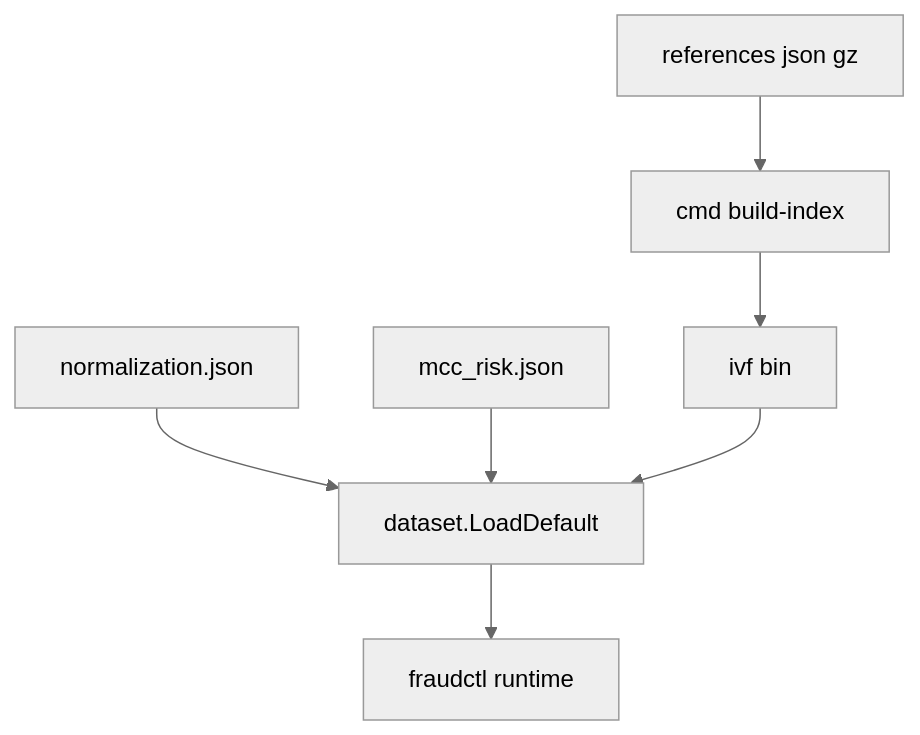
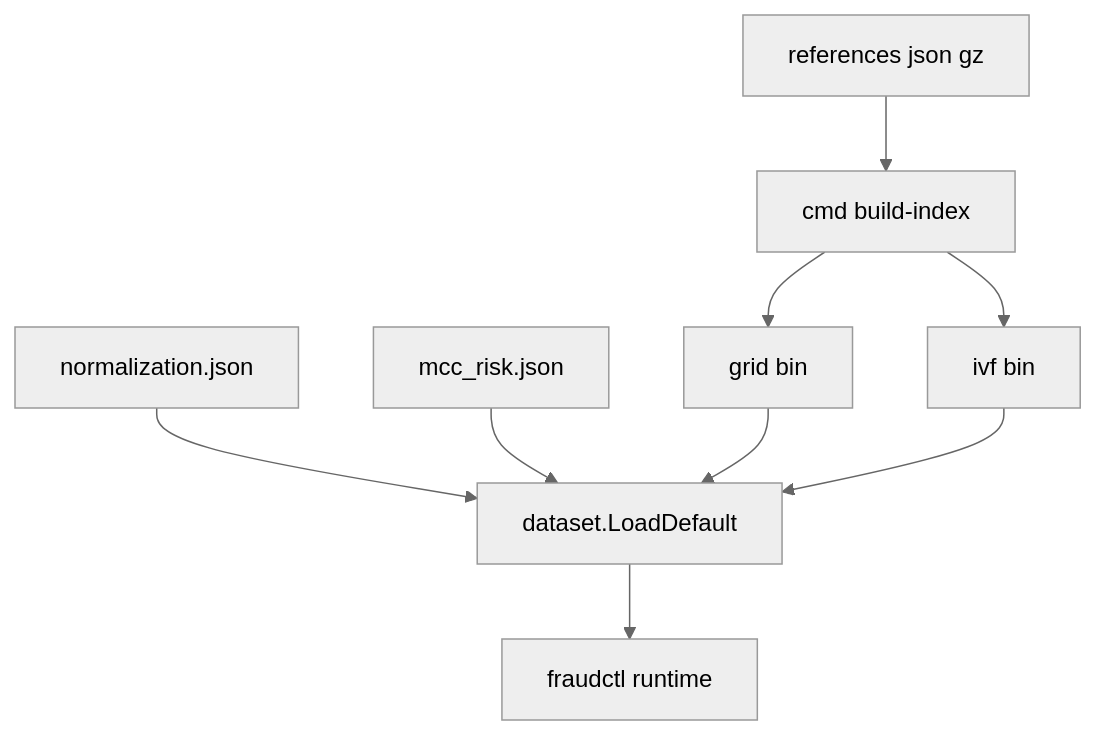
Before and after one commit to fabianoflorentino/fraudctl: the third of 3 diagrams in docs/ARCHITECTURE.md, drawn with Mermaid (neutral theme). The commit also changed other lines of this file and 1 other file, not shown here.

First line of the commit message:
docs: update README and ARCHITECTURE for grid index

````diff
--- a/docs/ARCHITECTURE.md
+++ b/docs/ARCHITECTURE.md
@@ -168,9 +192,11 @@
 ```mermaid
 flowchart TD
     R[references json gz] --> B[cmd build-index]
+    B --> G[grid bin]
     B --> I[ivf bin]
     N[normalization.json] --> D[dataset.LoadDefault]
     M[mcc_risk.json] --> D
+    G --> D
     I --> D
     D --> API[fraudctl runtime]
 ```
````
